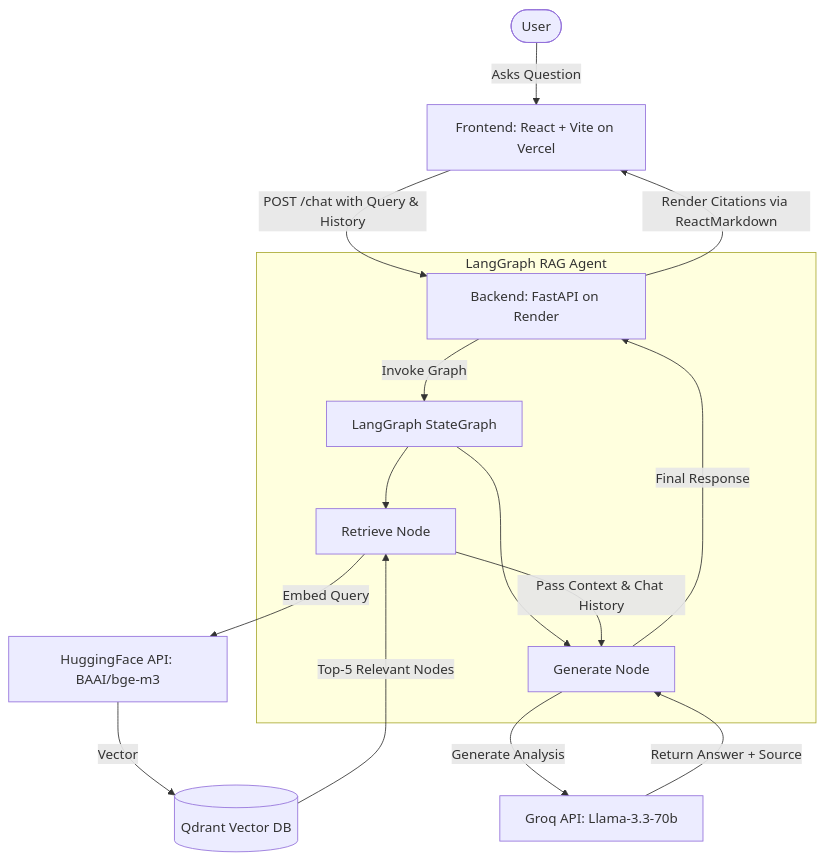
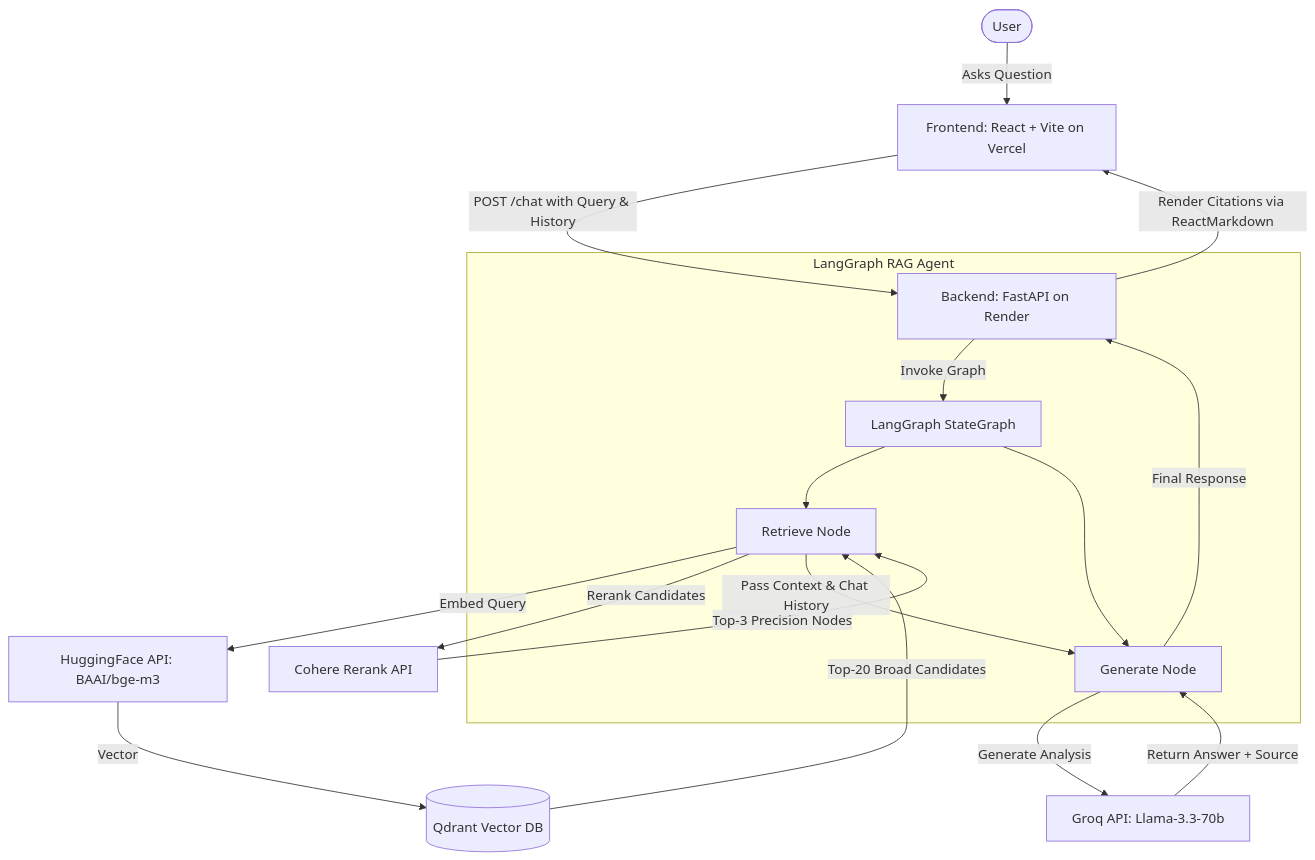
One commit to dovh11/finrag-project changed the diagram in README.md. Above: the diagram before and after it, drawn with Mermaid. The commit also changed other lines of this file and 1 other file, not shown here.

Commit message:
feat: implement token-optimized two-stage retrieval (top_k=20 + Cohere top_n=3)

````diff
--- a/README.md
+++ b/README.md
@@ -52,22 +52,24 @@
 ```mermaid
 graph TD
     User([User]) -->|Asks Question| UI[Frontend: React + Vite on Vercel]
     UI -->|POST /chat with Query & History| API[Backend: FastAPI on Render]
     
     subgraph LangGraph RAG Agent
         API -->|Invoke Graph| Agent[LangGraph StateGraph]
         Agent --> Retriever[Retrieve Node]
         Agent --> Generator[Generate Node]
     end
 
     Retriever -->|Embed Query| HF[HuggingFace API: BAAI/bge-m3]
     HF -->|Vector| Qdrant[(Qdrant Vector DB)]
-    Qdrant -->|Top-5 Relevant Nodes| Retriever
+    Qdrant -->|Top-20 Broad Candidates| Retriever
+    Retriever -->|Rerank Candidates| Cohere[Cohere Rerank API]
+    Cohere -->|Top-3 Precision Nodes| Retriever
     
     Retriever -->|Pass Context & Chat History| Generator
     Generator -->|Generate Analysis| Groq[Groq API: Llama-3.3-70b]
     Groq -->|Return Answer + Source| Generator
     
     Generator -->|Final Response| API
     API -->|Render Citations via ReactMarkdown| UI
 ```
````
